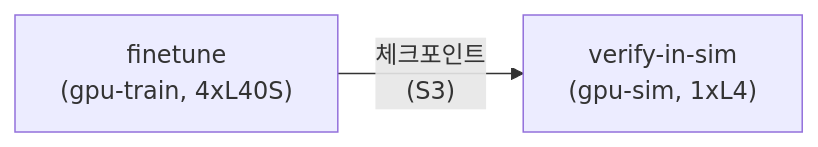
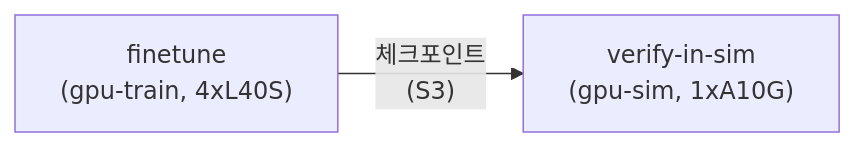
The first of 2 diagrams in physical-ai-on-aws-guide/nvidia-osmo-on-aws/5.-osmo-workflow.md (seokjushin/physical-ai-aws-docs), drawn with Mermaid before and after one commit. The commit also changed other lines of this file, not shown here.

````diff
--- a/physical-ai-on-aws-guide/nvidia-osmo-on-aws/5.-osmo-workflow.md
+++ b/physical-ai-on-aws-guide/nvidia-osmo-on-aws/5.-osmo-workflow.md
@@ -15,4 +15,4 @@
 ```mermaid
 flowchart LR
-    A["finetune\n(gpu-train, 4xL40S)"] -->|"체크포인트\n(S3)"| B["verify-in-sim\n(gpu-sim, 1xL4)"]
+    A["finetune\n(gpu-train, 4xL40S)"] -->|"체크포인트\n(S3)"| B["verify-in-sim\n(gpu-sim, 1xA10G)"]
 ```
````
